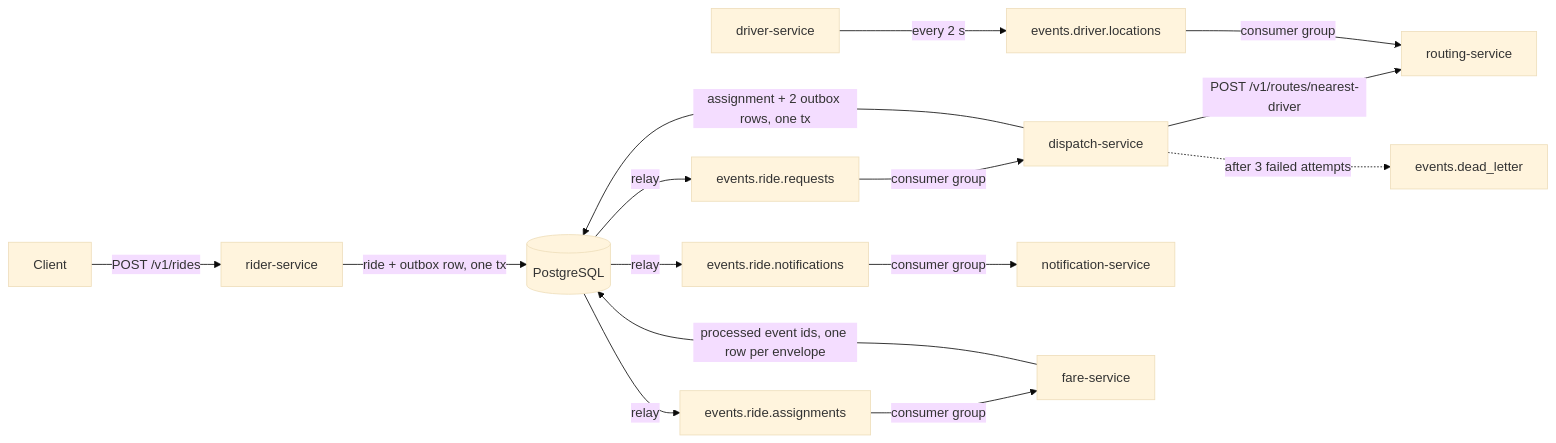
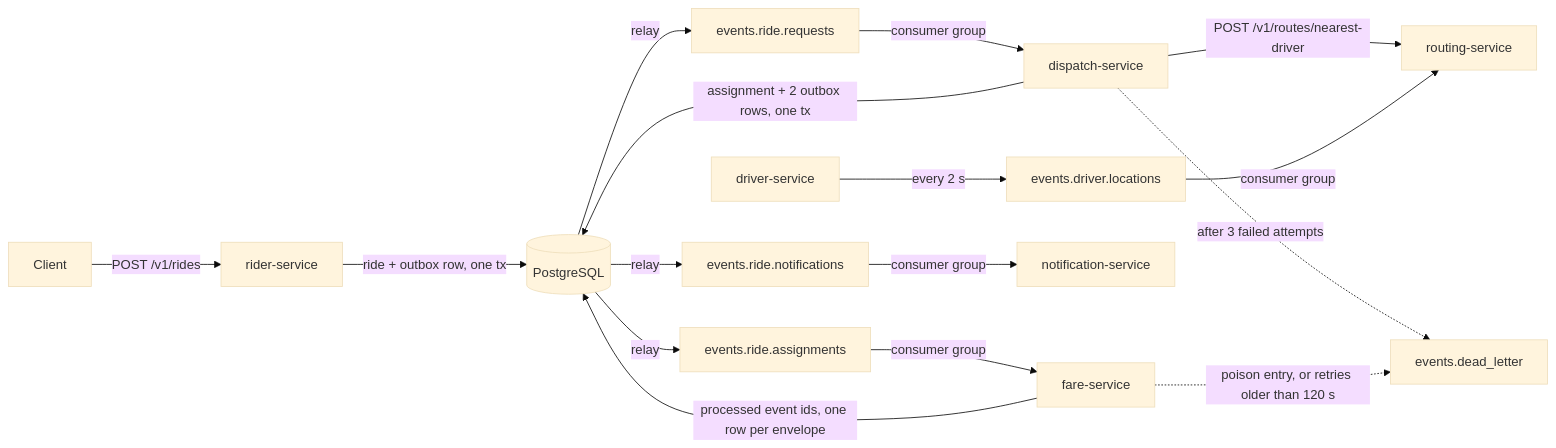
Before and after one commit to 96528025/MetroRide: the diagram in README.md, drawn with Mermaid (base theme). The commit also changed 20 other files, not shown here.

````diff
--- a/README.md
+++ b/README.md
@@ -22,17 +22,18 @@
 ```mermaid
 flowchart LR
     Client -->|POST /v1/rides| Rider[rider-service]
     Rider -->|ride + outbox row, one tx| DB[(PostgreSQL)]
     DB -->|relay| RQ[events.ride.requests]
     RQ -->|consumer group| Dispatch[dispatch-service]
     Dispatch -->|POST /v1/routes/nearest-driver| Routing[routing-service]
     Driver[driver-service] -->|every 2 s| DL[events.driver.locations]
     DL -->|consumer group| Routing
     Dispatch -->|assignment + 2 outbox rows, one tx| DB
     DB -->|relay| RA[events.ride.assignments]
     DB -->|relay| RN[events.ride.notifications]
     RN -->|consumer group| Notify[notification-service]
     Dispatch -.->|after 3 failed attempts| DLQ[events.dead_letter]
     RA -->|consumer group| Fare[fare-service]
     Fare -->|processed event ids, one row per envelope| DB
+    Fare -.->|poison entry, or retries older than 120 s| DLQ
 ```
````
